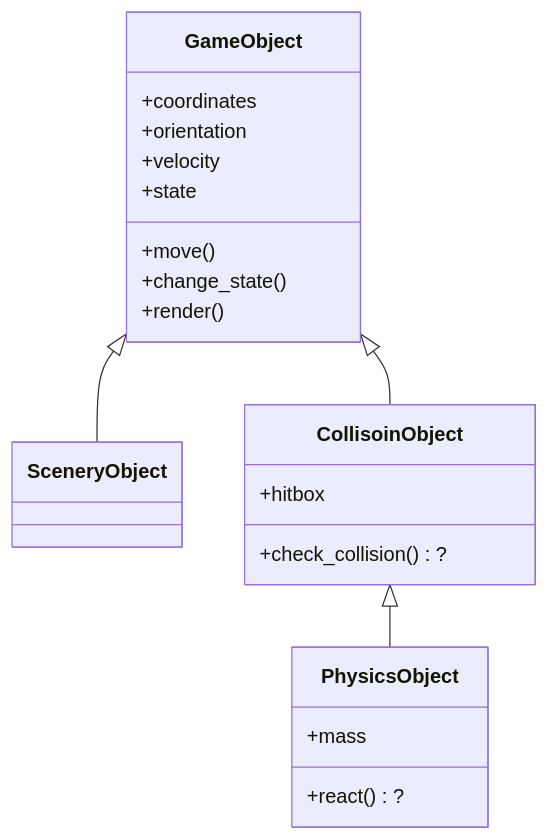
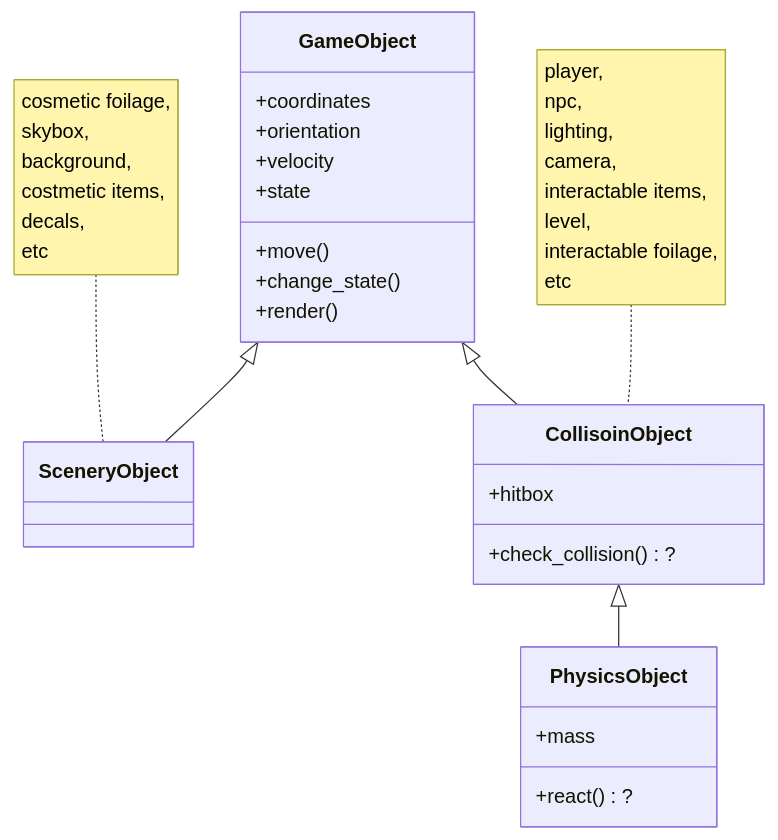
Before and after one commit to MarcoSCaravetta/game-engine: the second of 2 diagrams in README.md, drawn with Mermaid.

````diff
--- a/README.md
+++ b/README.md
@@ -22,33 +22,48 @@
 ```mermaid
 ---
-  config:
+config:
     layout: dagre
     look: classic
     theme: default
 ---
-  classDiagram
-  direction TB
-      class SceneryObject {
-      }
-      class GameObject {
-	      +coordinates
-	      +orientation
-	      +velocity
-	      +state
-	      +move()
-	      +change_state()
-	      +render()
-      }
-      class CollisoinObject {
-	      +hitbox
-	      +check_collision() ?
-      }
-      class PhysicsObject {
-	      +mass
-	      +react() ?
-      }
+classDiagram
+direction TB
+    class SceneryObject {
+    }
+    class GameObject {
+        +coordinates
+        +orientation
+	+velocity
+	+state
+	+move()
+	+change_state()
+	+render()
+    }
+    class CollisoinObject {
+    	+hitbox
+	+check_collision() ?
+    }
+    class PhysicsObject {
+      +mass
+      +react() ?
+    }
 
-      GameObject <|-- SceneryObject
-      GameObject <|-- CollisoinObject
-      CollisoinObject <|-- PhysicsObject
+    note for SceneryObject "cosmetic foilage,
+    skybox,
+    background,
+    costmetic items,
+    decals,
+    etc"
+    note for CollisoinObject "player,
+    npc,
+    lighting,
+    camera,
+    interactable items,
+    level,
+    interactable foilage,
+    etc"
+
+    GameObject <|-- SceneryObject
+    GameObject <|-- CollisoinObject
+    CollisoinObject <|-- PhysicsObject
 ```
````
